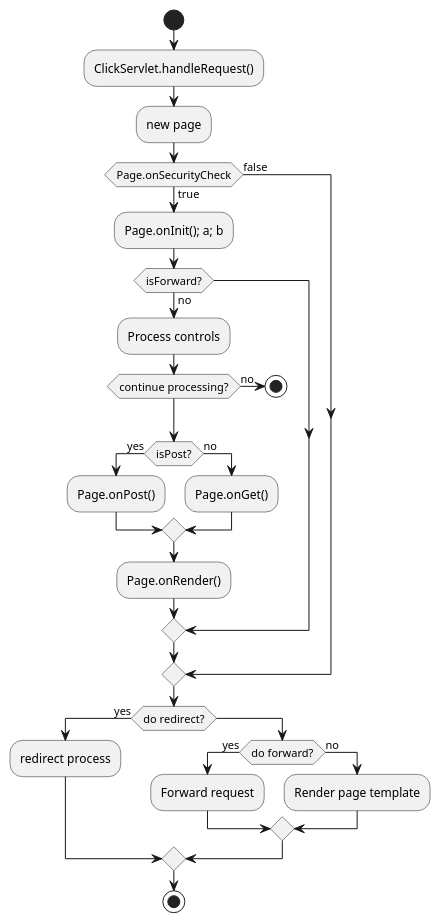
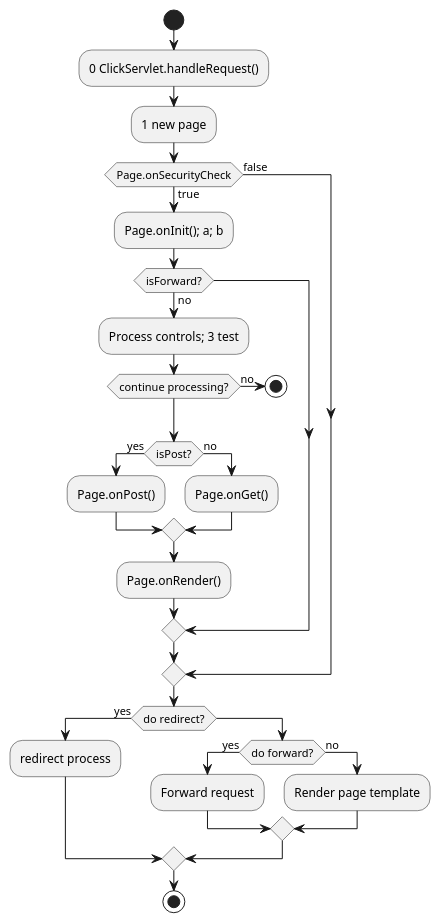
Before and after one commit to TestShiftProject/test-cube: the diagram in src/main/resources/test.puml, drawn with PlantUML. The commit also changed 33 other files, not shown here.

```diff
--- a/src/main/resources/test.puml
+++ b/src/main/resources/test.puml
@@ -1,37 +1,37 @@
 @startuml
 'https://plantuml.com/activity-diagram-beta
 
 start
-:ClickServlet.handleRequest();
-:new page;
+:0 ClickServlet.handleRequest();
+:1 new page;
 if (Page.onSecurityCheck) then (true)
   :Page.onInit(); a; b;
   if (isForward?) then (no)
-    :Process controls;
+    :Process controls; 3 test;
     if (continue processing?) then (no)
       stop
     endif
 
     if (isPost?) then (yes)
       :Page.onPost();
     else (no)
       :Page.onGet();
     endif
     :Page.onRender();
   endif
 else (false)
 endif
 
 if (do redirect?) then (yes)
   :redirect process;
 else
   if (do forward?) then (yes)
     :Forward request;
   else (no)
     :Render page template;
   endif
 endif
 
 stop
 
 @enduml
```
